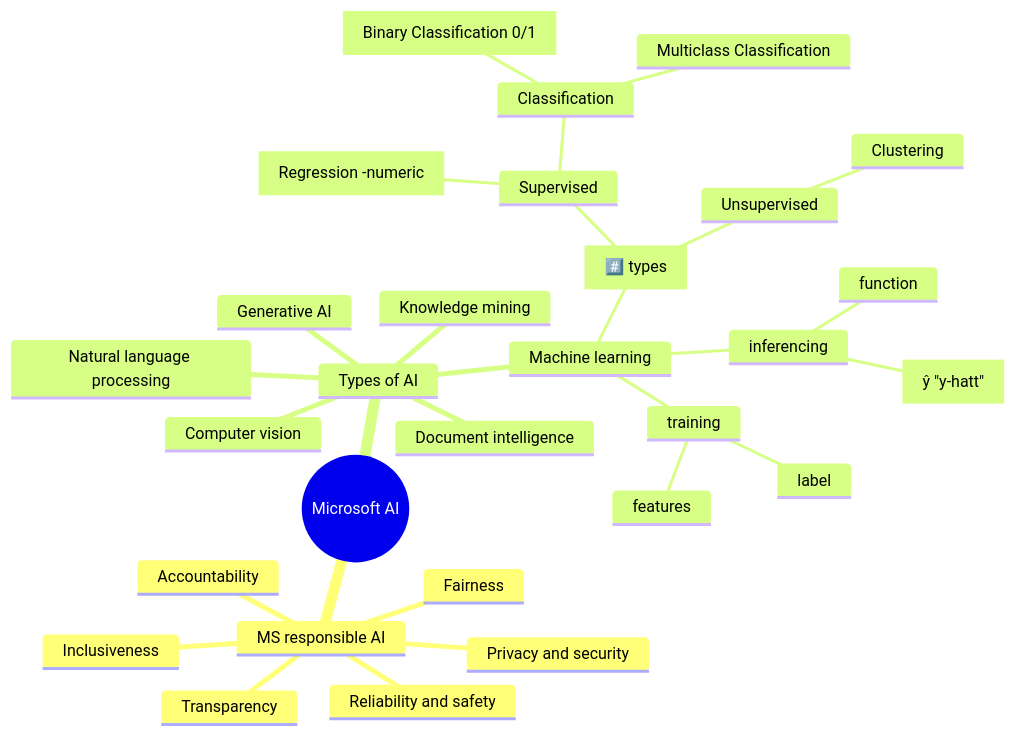
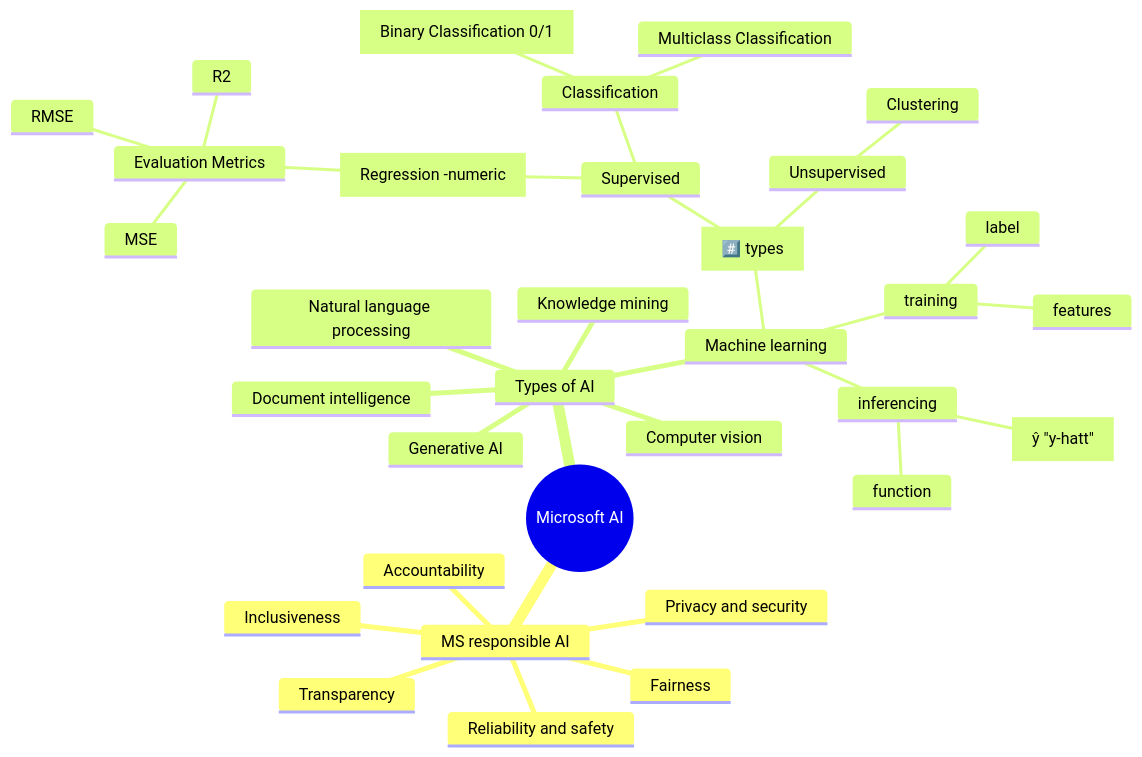
The diagram in azure-ai-fundamentals.md (gitstua/Mindmaps), drawn with Mermaid before and after one commit.

````diff
--- a/azure-ai-fundamentals.md
+++ b/azure-ai-fundamentals.md
@@ -5,33 +5,37 @@
 ```mermaid
 mindmap
   root((Microsoft AI))
     MS responsible AI
       Fairness
       Reliability and safety
       Privacy and security
       Inclusiveness
       Transparency
       Accountability  
     Types of AI
       Machine learning
         [#️⃣ types]
           Supervised
             [Regression -numeric]
+              Evaluation Metrics
+                MSE
+                RMSE
+                R2
             Classification
               [Binary Classification 0/1]
               Multiclass Classification
           Unsupervised
             Clustering
         training
           features
           label
         inferencing
           function
           [ŷ "y-hatt"]
       Computer vision
       Natural language processing
       Document intelligence
       Knowledge mining
       Generative AI
       
 ```
````
